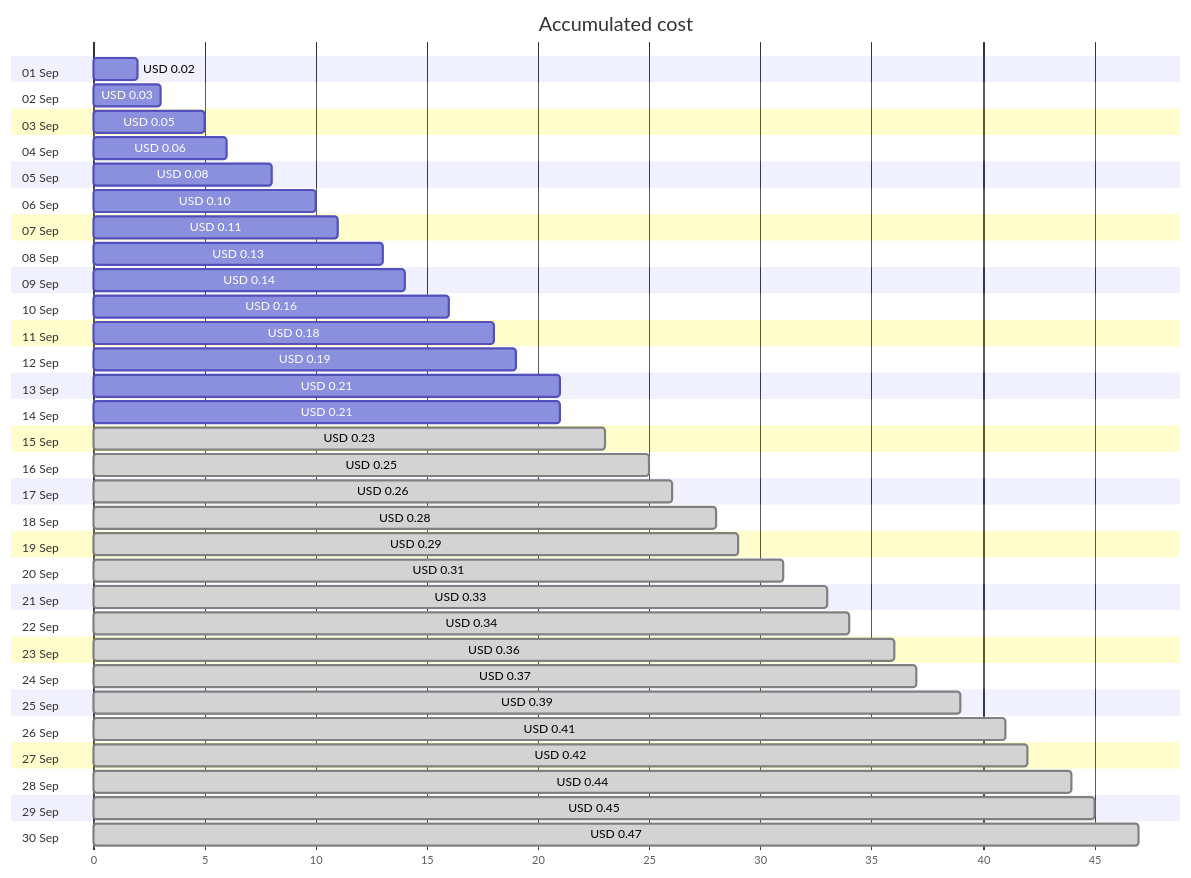
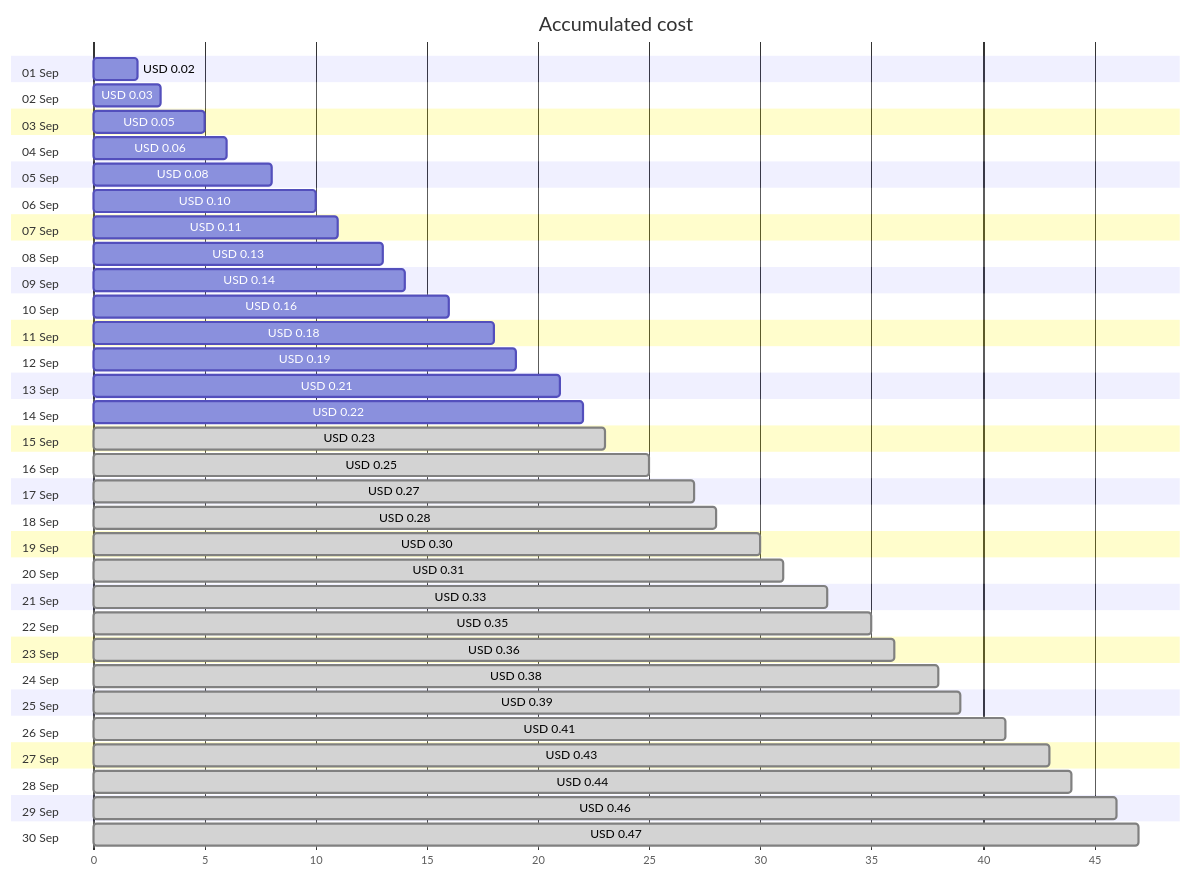
One commit to jpfulton/azure-personal-reports changed the first of 4 diagrams in cost-reports/personal-network/private.jpatrickfulton.com.md. Above: the diagram before and after it, drawn with Mermaid. The commit also changed other lines of this file and 34 other files, not shown here.

````diff
--- a/cost-reports/personal-network/private.jpatrickfulton.com.md
+++ b/cost-reports/personal-network/private.jpatrickfulton.com.md
@@ -20,66 +20,66 @@
 ```mermaid
 gantt
    title Accumulated cost
    dateFormat  X
    axisFormat %s
    section 01 Sep
    USD 0.02 :0, 2
    section 02 Sep
    USD 0.03 :0, 3
    section 03 Sep
    USD 0.05 :0, 5
    section 04 Sep
    USD 0.06 :0, 6
    section 05 Sep
    USD 0.08 :0, 8
    section 06 Sep
    USD 0.10 :0, 10
    section 07 Sep
    USD 0.11 :0, 11
    section 08 Sep
    USD 0.13 :0, 13
    section 09 Sep
    USD 0.14 :0, 14
    section 10 Sep
    USD 0.16 :0, 16
    section 11 Sep
    USD 0.18 :0, 18
    section 12 Sep
    USD 0.19 :0, 19
    section 13 Sep
    USD 0.21 :0, 21
    section 14 Sep
-   USD 0.21 :0, 21
+   USD 0.22 :0, 22
    section 15 Sep
    USD 0.23 : done, 0, 23
    section 16 Sep
    USD 0.25 : done, 0, 25
    section 17 Sep
-   USD 0.26 : done, 0, 26
+   USD 0.27 : done, 0, 27
    section 18 Sep
    USD 0.28 : done, 0, 28
    section 19 Sep
-   USD 0.29 : done, 0, 29
+   USD 0.30 : done, 0, 30
    section 20 Sep
    USD 0.31 : done, 0, 31
    section 21 Sep
    USD 0.33 : done, 0, 33
    section 22 Sep
-   USD 0.34 : done, 0, 34
+   USD 0.35 : done, 0, 35
    section 23 Sep
    USD 0.36 : done, 0, 36
    section 24 Sep
-   USD 0.37 : done, 0, 37
+   USD 0.38 : done, 0, 38
    section 25 Sep
    USD 0.39 : done, 0, 39
    section 26 Sep
    USD 0.41 : done, 0, 41
    section 27 Sep
-   USD 0.42 : done, 0, 42
+   USD 0.43 : done, 0, 43
    section 28 Sep
    USD 0.44 : done, 0, 44
    section 29 Sep
-   USD 0.45 : done, 0, 45
+   USD 0.46 : done, 0, 46
    section 30 Sep
    USD 0.47 : done, 0, 47
 ```
````
